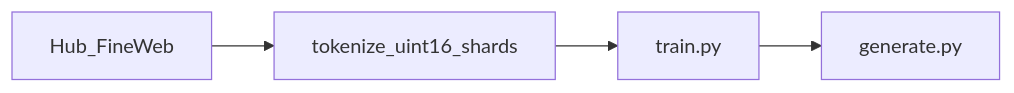
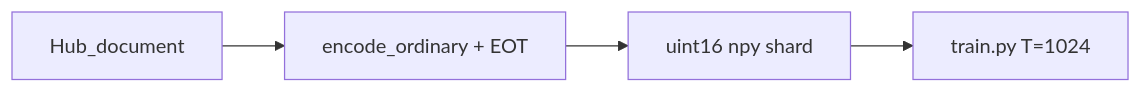
One commit to project-iconik/basikGPT changed the second of 2 diagrams in README.ja.md. Above: the diagram before and after it, drawn with Mermaid. The commit also changed other lines of this file and 10 other files, not shown here.

First line of the commit message:
docs: add architecture diagrams and suite average scores

````diff
--- a/README.ja.md
+++ b/README.ja.md
@@ -104,8 +119,8 @@
 ```mermaid
 flowchart LR
-  raw[Hub_FineWeb]
-  shard[tokenize_uint16_shards]
-  train[train.py]
-  gen[generate.py]
-  raw --> shard --> train --> gen
+  doc[Hub_document]
+  enc["encode_ordinary + EOT"]
+  shard["uint16 npy shard"]
+  train["train.py T=1024"]
+  doc --> enc --> shard --> train
 ```
````
